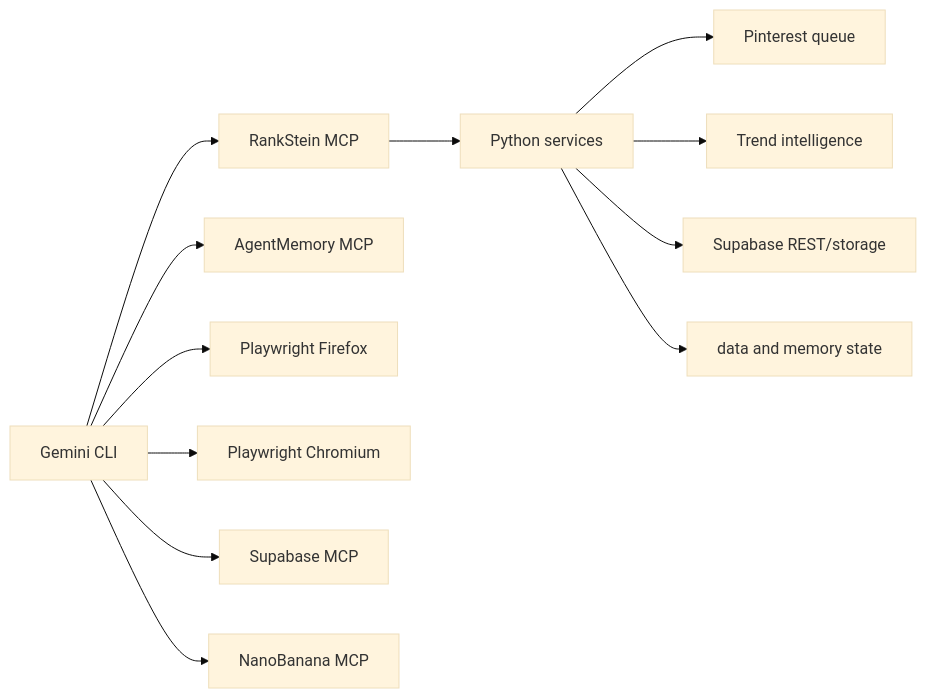
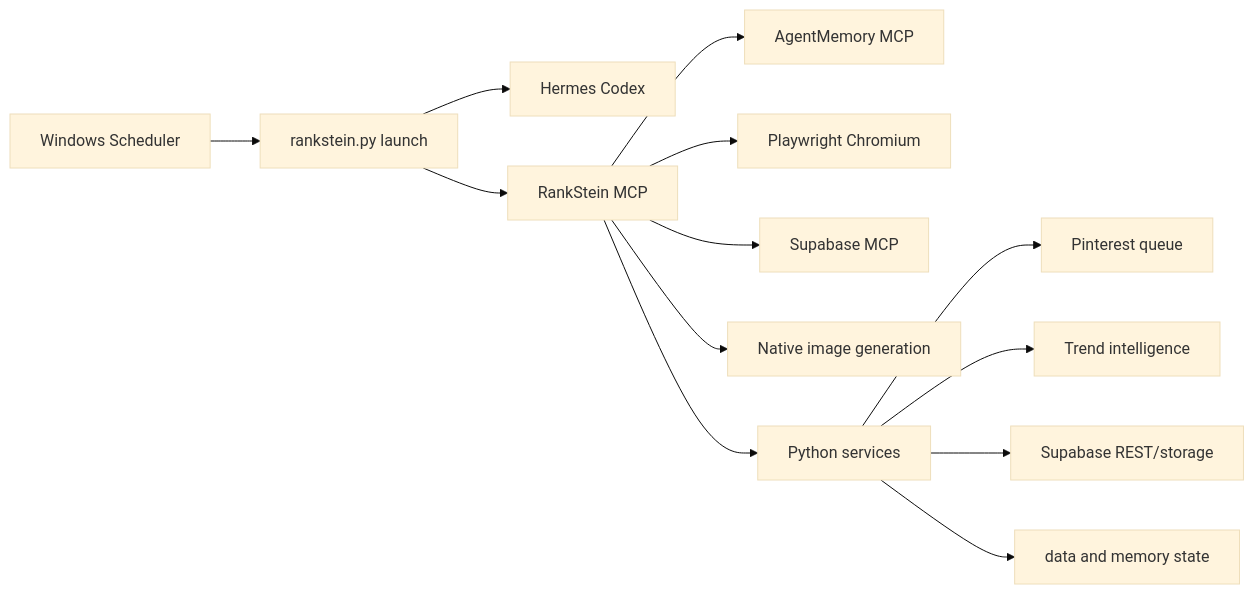
The diagram in docs/system/PROJECT_MAP.md (ridaelalaoui42-sys/Rankstien), drawn with Mermaid (base theme) before and after one commit. The commit also changed other lines of this file and 312 other files, not shown here.

````diff
--- a/docs/system/PROJECT_MAP.md
+++ b/docs/system/PROJECT_MAP.md
@@ -29,15 +35,16 @@
 ```mermaid
 flowchart LR
-    Gemini["Gemini CLI"] --> RankStein["RankStein MCP"]
-    Gemini --> Memory["AgentMemory MCP"]
-    Gemini --> BrowserA["Playwright Firefox"]
-    Gemini --> BrowserB["Playwright Chromium"]
-    Gemini --> SupabaseMCP["Supabase MCP"]
-    Gemini --> Images["NanoBanana MCP"]
+    Scheduler["Windows Scheduler"] --> Launcher["rankstein.py launch"]
+    Launcher --> Hermes["Hermes Codex"]
+    Launcher --> RankStein["RankStein MCP"]
+    RankStein --> Memory["AgentMemory MCP"]
+    RankStein --> Browser["Playwright Chromium"]
+    RankStein --> SupabaseMCP["Supabase MCP"]
+    RankStein --> Images["Native image generation"]
 
     RankStein --> Backend["Python services"]
     Backend --> Queue["Pinterest queue"]
     Backend --> Trends["Trend intelligence"]
     Backend --> Supabase["Supabase REST/storage"]
     Backend --> Local["data and memory state"]
 ```
````
